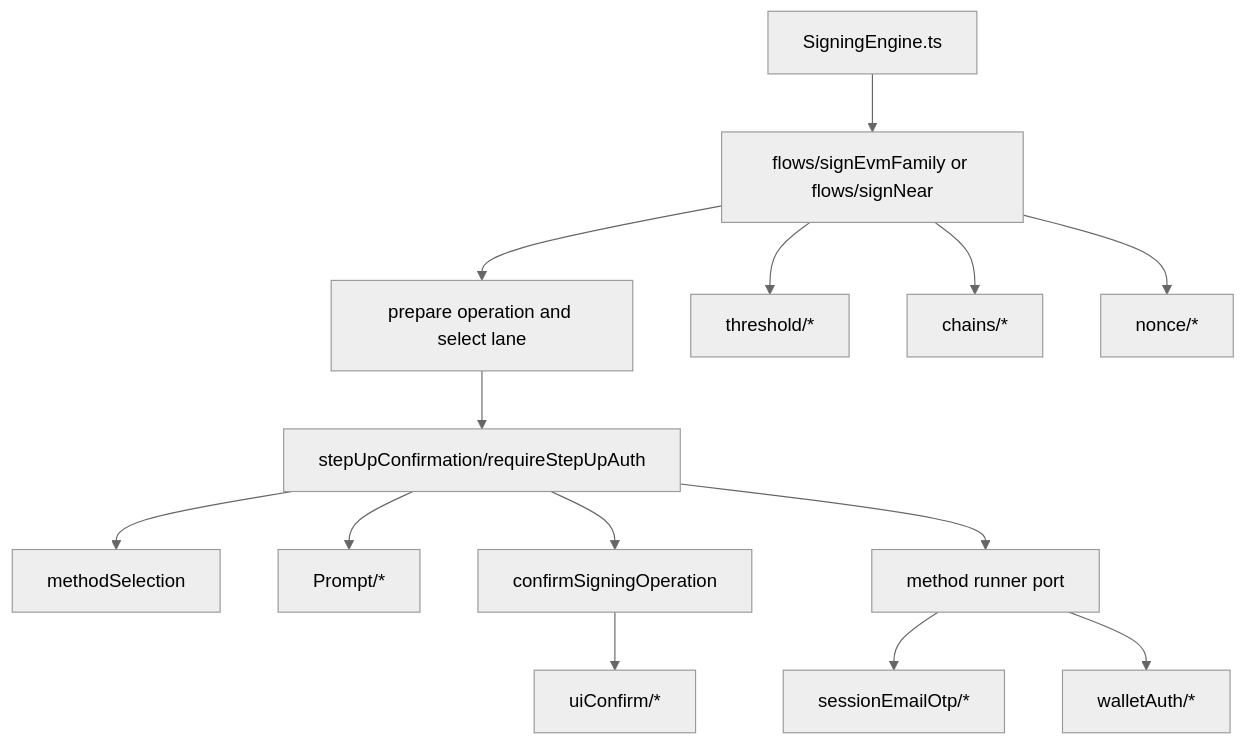
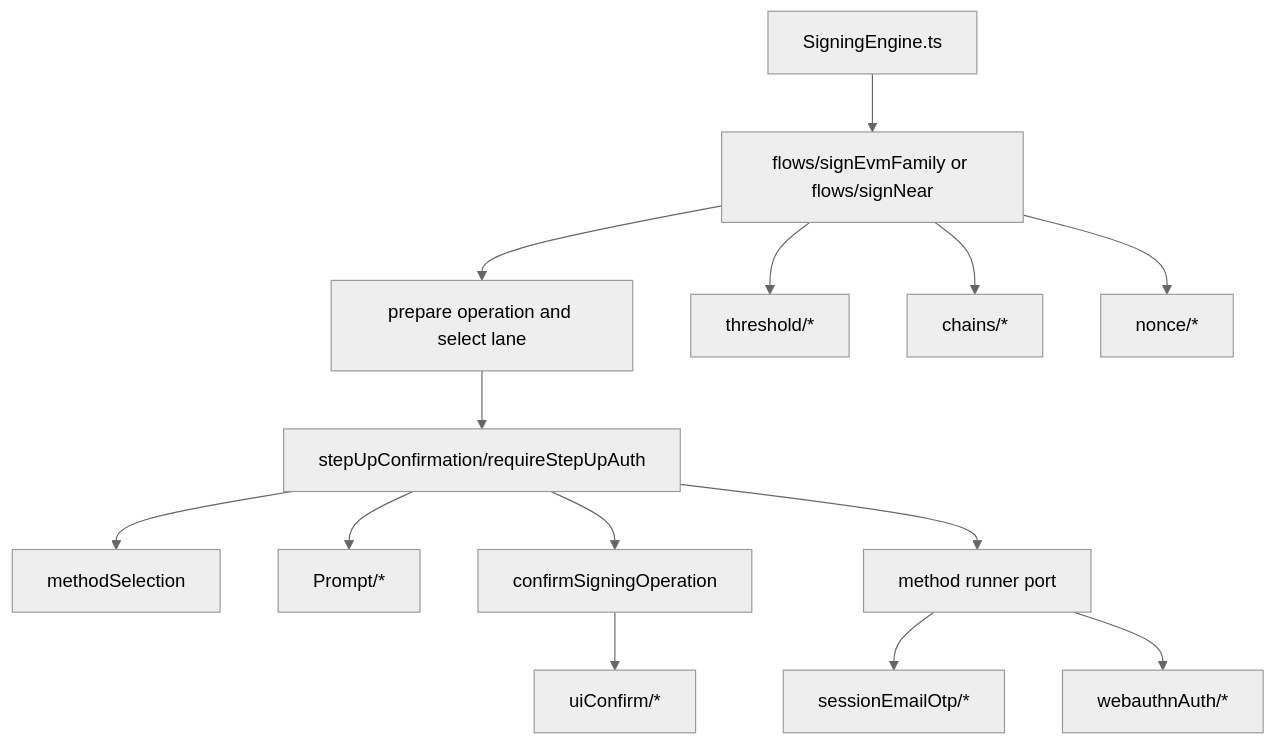
The first of 2 diagrams in docs/stepup-adaptor.md (seams-tech/seams-sdk), drawn with Mermaid (neutral theme) before and after one commit. The commit also changed other lines of this file and 111 other files, not shown here.

````diff
--- a/docs/stepup-adaptor.md
+++ b/docs/stepup-adaptor.md
@@ -95,16 +111,16 @@
 ```mermaid
 flowchart TD
   SE["SigningEngine.ts"] --> FLOW["flows/signEvmFamily or flows/signNear"]
   FLOW --> PREPARE["prepare operation and select lane"]
   PREPARE --> STEPUP["stepUpConfirmation/requireStepUpAuth"]
   STEPUP --> SELECT["methodSelection"]
   STEPUP --> PROMPT["<method>Prompt/*"]
   STEPUP --> CONFIRM["confirmSigningOperation"]
   CONFIRM --> UI["uiConfirm/*"]
   STEPUP --> RUNNER["method runner port"]
   RUNNER --> EMAILSESSION["sessionEmailOtp/*"]
-  RUNNER --> WALLET["walletAuth/*"]
+  RUNNER --> WEBAUTHN["webauthnAuth/*"]
   FLOW --> THRESHOLD["threshold/*"]
   FLOW --> CHAINS["chains/*"]
   FLOW --> NONCE["nonce/*"]
 ```
````
